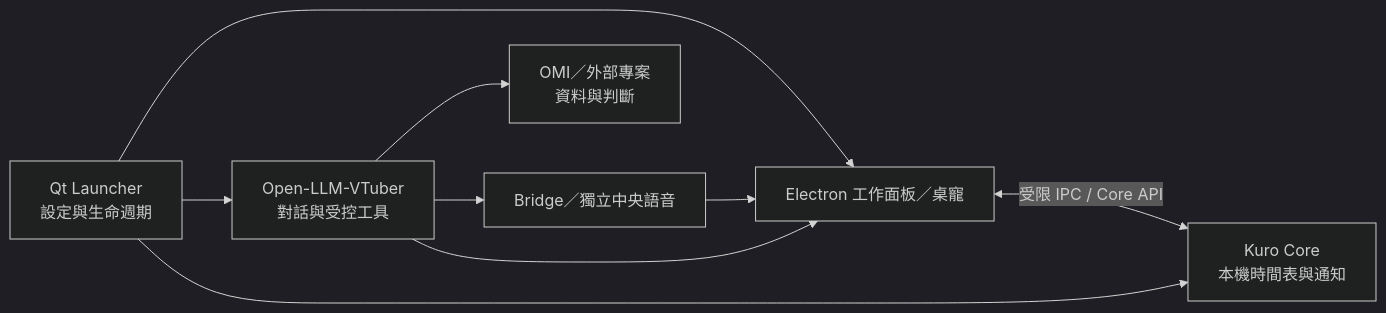
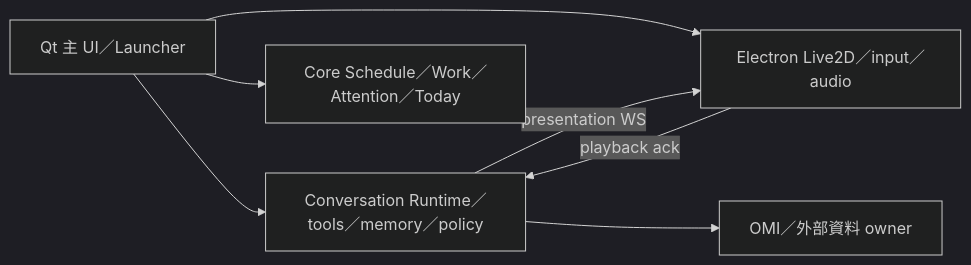
Before and after one commit to lulu930128/desktop-agent-runtime: the diagram in README.md, drawn with Mermaid (dark theme). The commit also changed other lines of this file and 491 other files, not shown here.

First line of the commit message:
feat(kuro): converge Qt-owned desktop runtime and pin Web UI source

````diff
--- a/README.md
+++ b/README.md
@@ -39,11 +39,9 @@
 ```mermaid
 flowchart LR
-    Launcher["Qt Launcher<br/>設定與生命週期"] --> Panel["Electron 工作面板／桌寵"]
-    Launcher --> Runtime["Open-LLM-VTuber<br/>對話與受控工具"]
-    Launcher --> Core["Kuro Core<br/>本機時間表與通知"]
-    Panel <-->|"受限 IPC / Core API"| Core
-    Runtime --> Domain["OMI／外部專案<br/>資料與判斷"]
-    Runtime --> Voice["Bridge／獨立中央語音"]
-    Runtime --> Panel
-    Voice --> Panel
+    Qt["Qt 主 UI／Launcher"] --> Runtime["Conversation Runtime／tools／memory／policy"]
+    Qt --> Core["Core Schedule／Work／Attention／Today"]
+    Qt --> Pet["Electron Live2D／input／audio"]
+    Runtime -->|presentation WS| Pet
+    Pet -->|playback ack| Runtime
+    Runtime --> Domain["OMI／外部資料 owner"]
 ```
````
